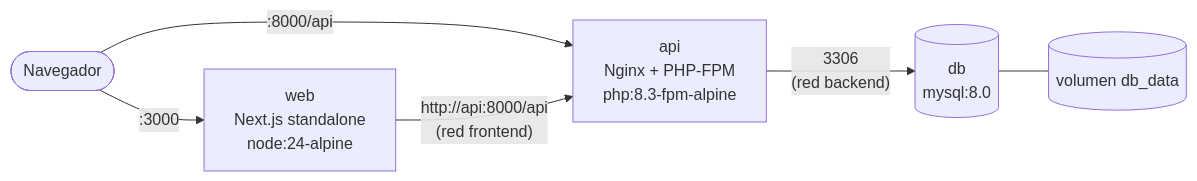
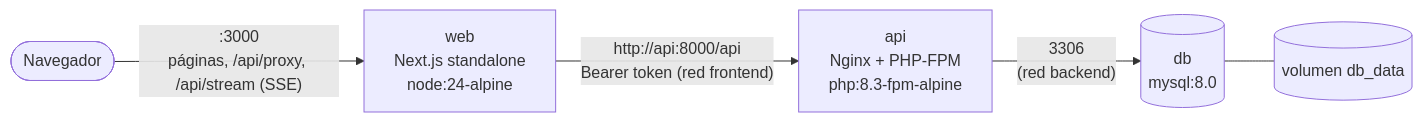
One commit to alejandrocamposd17-beep/chat-ecosystem-docker changed the first of 2 diagrams in README.md. Above: the diagram before and after it, drawn with Mermaid. The commit also changed other lines of this file, not shown here.

````diff
--- a/README.md
+++ b/README.md
@@ -28,8 +36,7 @@
 ```mermaid
 flowchart LR
-    user([Navegador]) -- ":3000" --> web["web<br/>Next.js standalone<br/>node:24-alpine"]
-    user -- ":8000/api" --> api["api<br/>Nginx + PHP-FPM<br/>php:8.3-fpm-alpine"]
-    web -- "http://api:8000/api<br/>(red frontend)" --> api
+    user([Navegador]) -- ":3000<br/>páginas, /api/proxy, /api/stream (SSE)" --> web["web<br/>Next.js standalone<br/>node:24-alpine"]
+    web -- "http://api:8000/api<br/>Bearer token (red frontend)" --> api["api<br/>Nginx + PHP-FPM<br/>php:8.3-fpm-alpine"]
     api -- "3306<br/>(red backend)" --> db[("db<br/>mysql:8.0")]
     db --- vol[("volumen db_data")]
 ```
````
